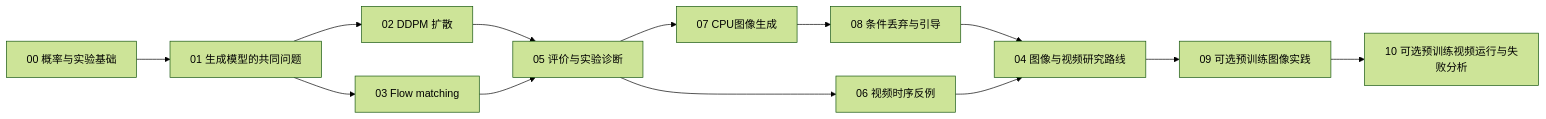
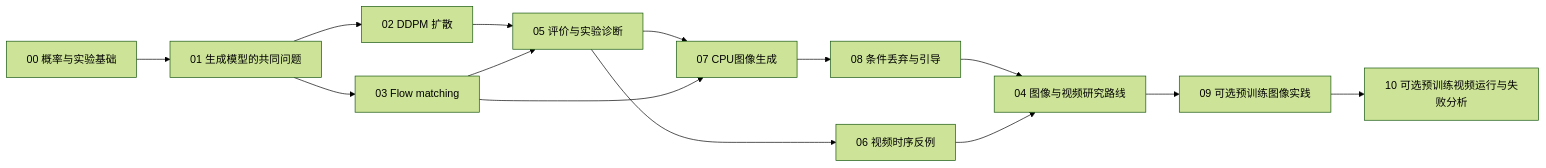
One commit to Fengyee/genai_study changed the diagram in docs/learning-path.md. Above: the diagram before and after it, drawn with Mermaid (forest theme). The commit also changed other lines of this file and 4 other files, not shown here.

Commit message:
docs: require flow foundations before the image flow lab

````diff
--- a/docs/learning-path.md
+++ b/docs/learning-path.md
@@ -28,17 +28,18 @@
 ```mermaid
 flowchart LR
   accTitle: GenAI学习依赖图
-  accDescr: 00接01，随后分为02和03，两者汇入05。05之后分为07接08和06两条实践路线，汇入04；09是04后的可选图像实践，随后10连接预训练视频运行与失败分析。
+  accDescr: 00接01，随后分为02和03，两者汇入05。07需要05和03两项先修，再接08；06接在05之后。两条实践路线汇入04；09是04后的可选图像实践，随后10连接预训练视频运行与失败分析。
   A[00 概率与实验基础] --> B[01 生成模型的共同问题]
   B --> C[02 DDPM 扩散]
   B --> D[03 Flow matching]
   C --> F[05 评价与实验诊断]
   D --> F
   F --> H[07 CPU图像生成]
+  D --> H
   H --> I[08 条件丢弃与引导]
   I --> E[04 图像与视频研究路线]
   F --> G[06 视频时序反例]
   G --> E[04 图像与视频研究路线]
   E --> J[09 可选预训练图像实践]
   J --> K[10 可选预训练视频运行与失败分析]
 ```
````
